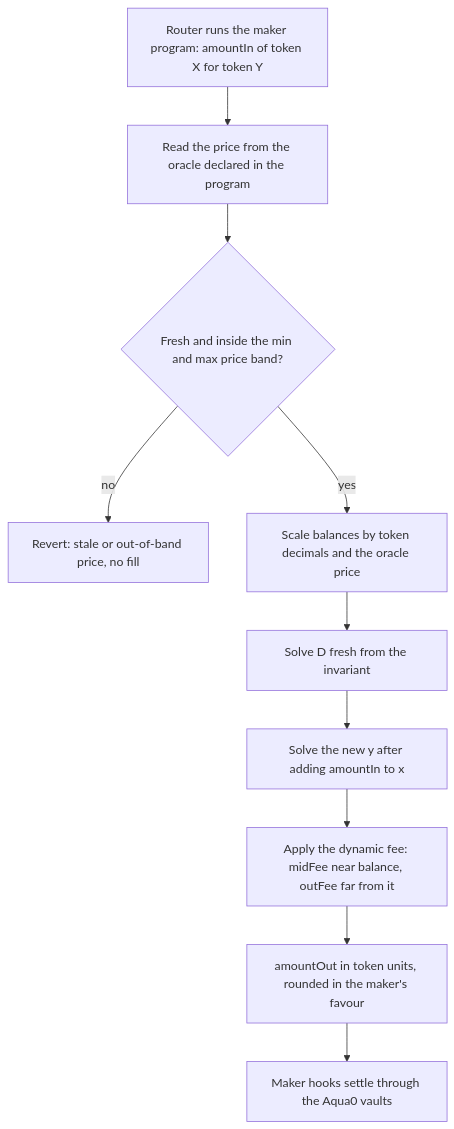
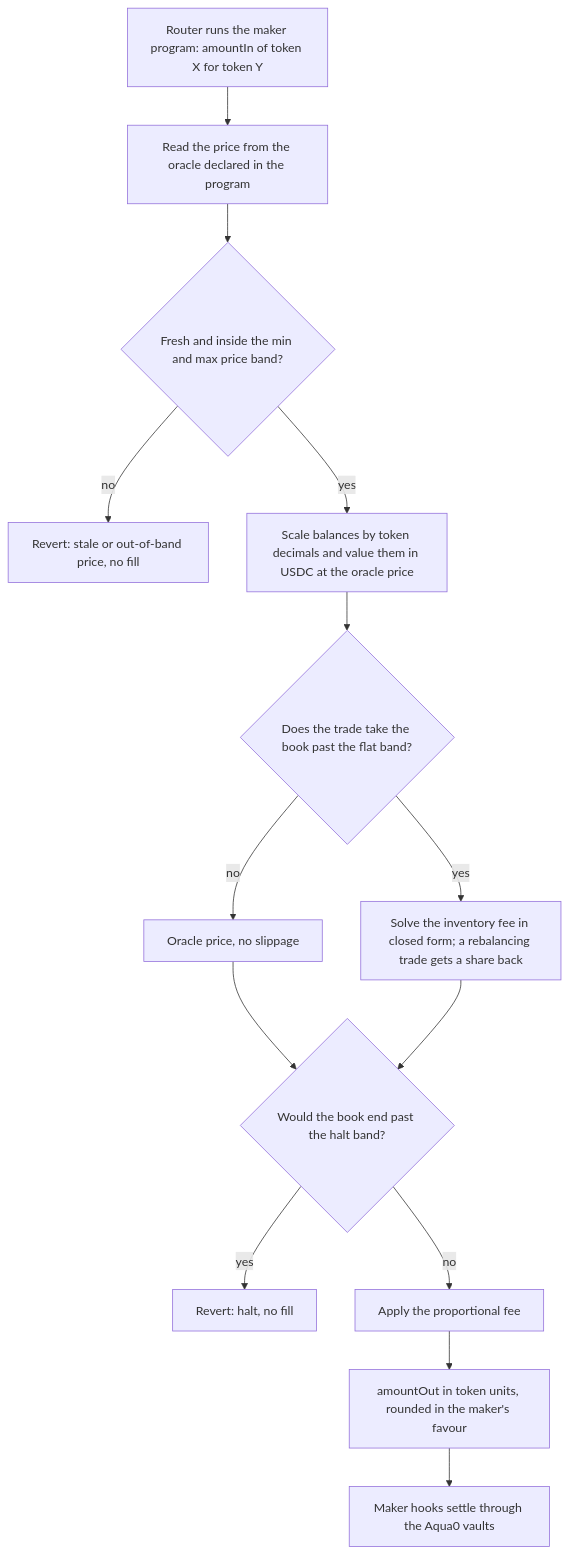
The fifth of 5 diagrams in README.md (Aqua0-fi/aqua0-ethglobal), drawn with Mermaid before and after one commit. The commit also changed other lines of this file and 11 other files, not shown here.

````diff
--- a/README.md
+++ b/README.md
@@ -349,12 +347,16 @@
 ```mermaid
 flowchart TD
   Q["Router runs the maker program: amountIn of token X for token Y"] --> O["Read the price from the oracle declared in the program"]
   O --> CHK{"Fresh and inside the min and max price band?"}
   CHK -->|"no"| REV["Revert: stale or out-of-band price, no fill"]
-  CHK -->|"yes"| SC["Scale balances by token decimals and the oracle price"]
-  SC --> DD["Solve D fresh from the invariant"]
-  DD --> YY["Solve the new y after adding amountIn to x"]
-  YY --> FEE["Apply the dynamic fee: midFee near balance, outFee far from it"]
-  FEE --> OUT["amountOut in token units, rounded in the maker's favour"]
+  CHK -->|"yes"| SC["Scale balances by token decimals and value them in USDC at the oracle price"]
+  SC --> BAND{"Does the trade take the book past the flat band?"}
+  BAND -->|"no"| FLAT["Oracle price, no slippage"]
+  BAND -->|"yes"| FEE["Solve the inventory fee in closed form; a rebalancing trade gets a share back"]
+  FLAT --> HALT{"Would the book end past the halt band?"}
+  FEE --> HALT
+  HALT -->|"yes"| HREV["Revert: halt, no fill"]
+  HALT -->|"no"| EPS["Apply the proportional fee"]
+  EPS --> OUT["amountOut in token units, rounded in the maker's favour"]
   OUT --> HOOK["Maker hooks settle through the Aqua0 vaults"]
 ```
````
